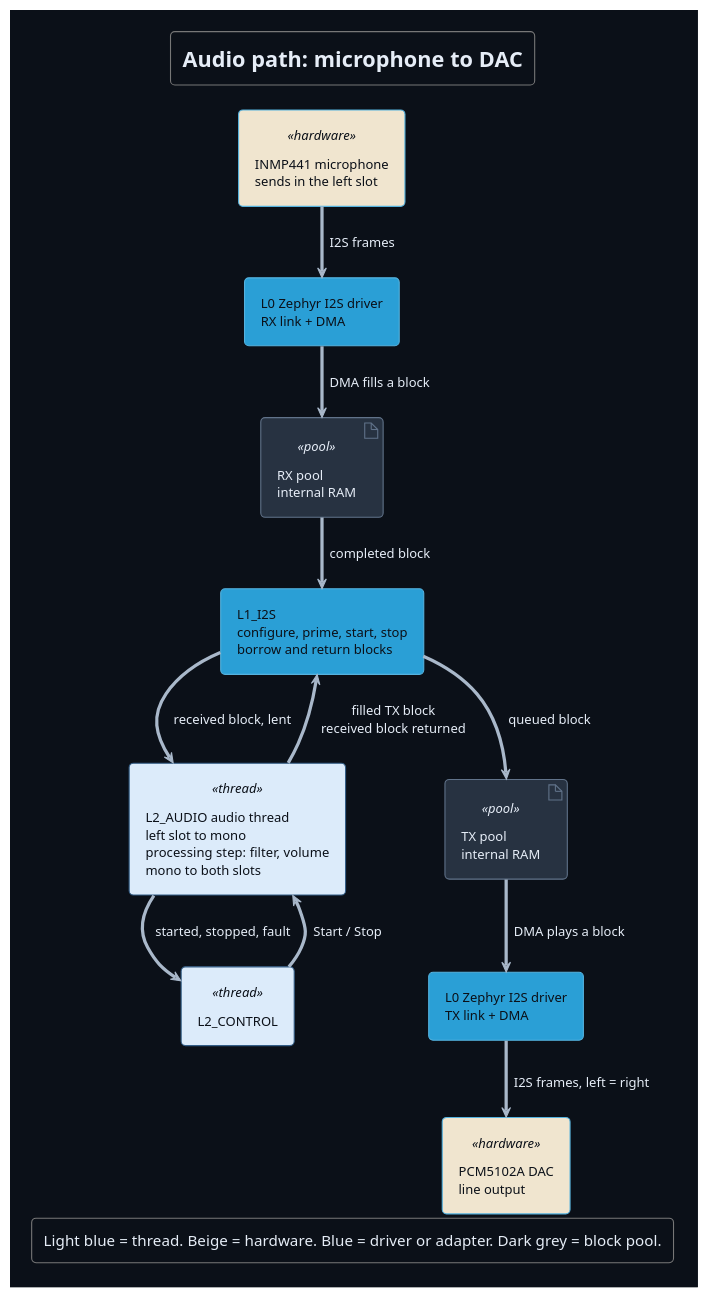
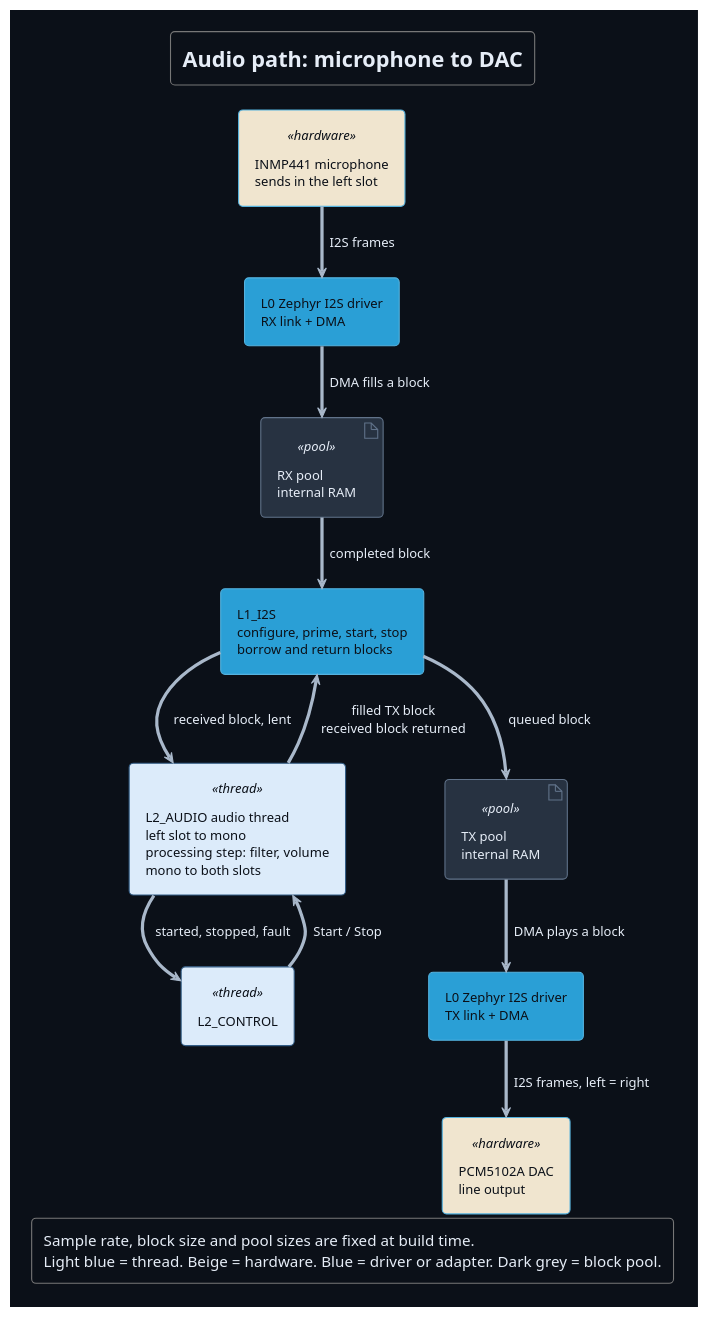
The diagram in Development/system/architecture/AUDIO/puml/audio-path.puml (DemonicPsychoII/DigitalStethoscope), drawn with PlantUML before and after one commit. The commit also changed 24 other files, not shown here.

```diff
--- a/Development/system/architecture/AUDIO/puml/audio-path.puml
+++ b/Development/system/architecture/AUDIO/puml/audio-path.puml
@@ -1,47 +1,48 @@
 @startuml audio_path
 !theme cyborg
 !pragma layout smetana
 skinparam shadowing false
 skinparam componentStyle rectangle
 skinparam defaultFontName SansSerif
 skinparam backgroundColor #0b1018
 skinparam defaultFontColor #e6edf7
 skinparam ArrowColor #a9b8ca
 skinparam component {
  FontColor #0b1018
  BackgroundColor<<thread>> #DCEBFA
  BorderColor<<thread>> #345E87
  FontColor<<thread>> #0b1018
  BackgroundColor<<hardware>> #F0E5CF
  FontColor<<hardware>> #0b1018
 }
 skinparam artifact {
  BackgroundColor<<pool>> #273241
  BorderColor<<pool>> #61738a
  FontColor<<pool>> #e6edf7
 }
 title Audio path: microphone to DAC
 top to bottom direction
 component "INMP441 microphone\nsends in the left slot" as microphone <<hardware>>
 component "L0 Zephyr I2S driver\nRX link + DMA" as receiveDriver
 artifact "RX pool\ninternal RAM" as receivePool <<pool>>
 component "L1_I2S\nconfigure, prime, start, stop\nborrow and return blocks" as transport
 component "L2_AUDIO audio thread\nleft slot to mono\nprocessing step: filter, volume\nmono to both slots" as audio <<thread>>
 artifact "TX pool\ninternal RAM" as transmitPool <<pool>>
 component "L0 Zephyr I2S driver\nTX link + DMA" as transmitDriver
 component "PCM5102A DAC\nline output" as dac <<hardware>>
 component "L2_CONTROL" as control <<thread>>
 microphone --> receiveDriver : I2S frames
 receiveDriver --> receivePool : DMA fills a block
 receivePool --> transport : completed block
 transport --> audio : received block, lent
 audio --> transport : filled TX block\nreceived block returned
 transport --> transmitPool : queued block
 transmitPool --> transmitDriver : DMA plays a block
 transmitDriver --> dac : I2S frames, left = right
 control --> audio : Start / Stop
 audio --> control : started, stopped, fault
 legend bottom
+  Sample rate, block size and pool sizes are fixed at build time.
   Light blue = thread. Beige = hardware. Blue = driver or adapter. Dark grey = block pool.
 endlegend
 @enduml
```
